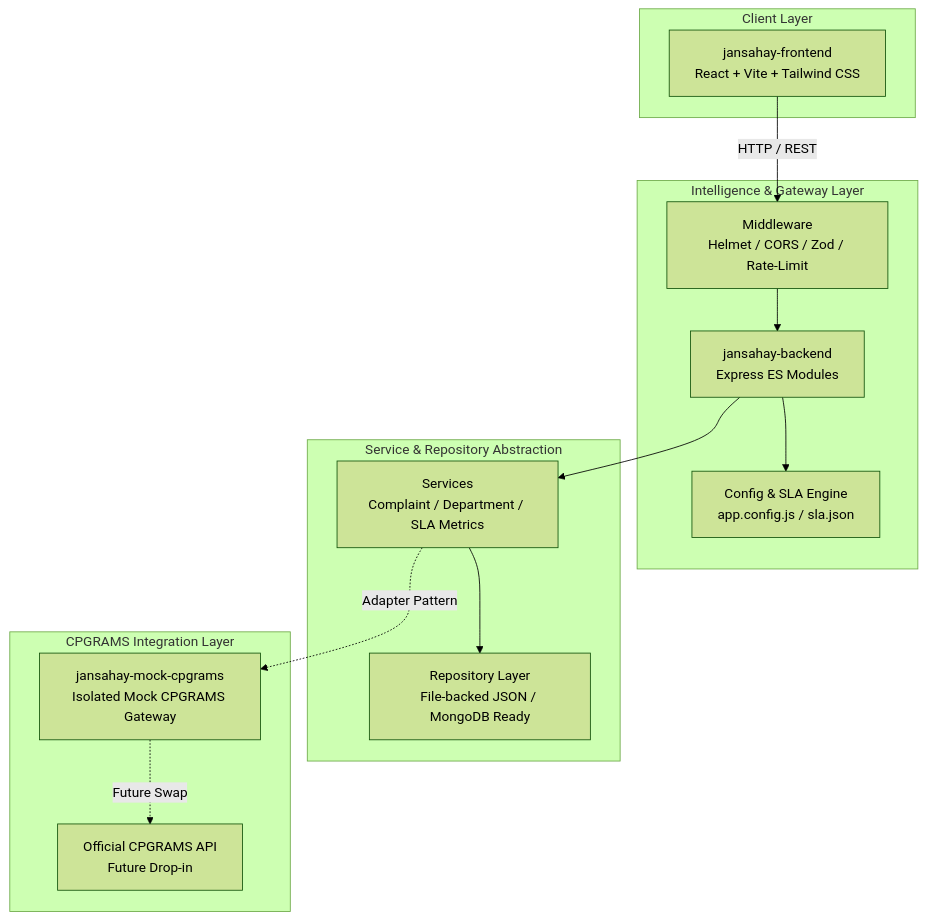
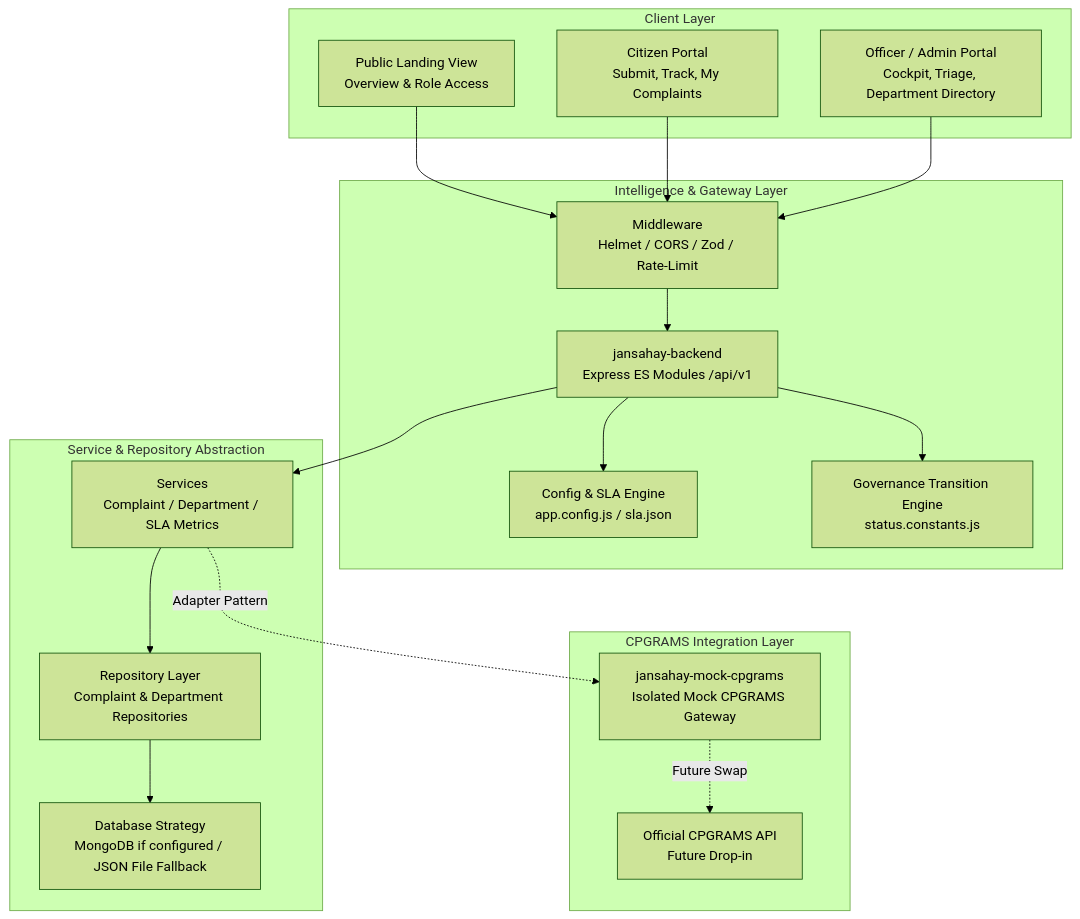
The diagram in docs/architecture.md (jiya25001126/CivicSarthi--Intelligent-Civic-Complaint-Incident-Resolution-System), drawn with Mermaid (forest theme) before and after one commit. The commit also changed other lines of this file and 34 other files, not shown here.

Commit message:
phase-1: core platform implementation with citizen and officer portals, rest api v1, and status governance

````diff
--- a/docs/architecture.md
+++ b/docs/architecture.md
@@ -19,30 +19,38 @@
 ```mermaid
 graph TD
     subgraph Client Layer
-        FE[jansahay-frontend<br/>React + Vite + Tailwind CSS]
+        LP[Public Landing View<br/>Overview & Role Access]
+        CP[Citizen Portal<br/>Submit, Track, My Complaints]
+        OP[Officer / Admin Portal<br/>Cockpit, Triage, Department Directory]
     end
 
     subgraph Intelligence & Gateway Layer
-        BE[jansahay-backend<br/>Express ES Modules]
+        BE[jansahay-backend<br/>Express ES Modules /api/v1]
         CONFIG[Config & SLA Engine<br/>app.config.js / sla.json]
         MW[Middleware<br/>Helmet / CORS / Zod / Rate-Limit]
+        VAL[Governance Transition Engine<br/>status.constants.js]
     end
 
     subgraph Service & Repository Abstraction
         SRV[Services<br/>Complaint / Department / SLA Metrics]
-        REPO[Repository Layer<br/>File-backed JSON / MongoDB Ready]
+        REPO[Repository Layer<br/>Complaint & Department Repositories]
+        DB[Database Strategy<br/>MongoDB if configured / JSON File Fallback]
     end
 
     subgraph CPGRAMS Integration Layer
         MOCK[jansahay-mock-cpgrams<br/>Isolated Mock CPGRAMS Gateway]
         REAL[Official CPGRAMS API<br/>Future Drop-in]
     end
 
-    FE -->|HTTP / REST| MW
+    LP --> MW
+    CP --> MW
+    OP --> MW
     MW --> BE
     BE --> CONFIG
+    BE --> VAL
     BE --> SRV
     SRV --> REPO
+    REPO --> DB
     SRV -.->|Adapter Pattern| MOCK
     MOCK -.->|Future Swap| REAL
 ```
````
